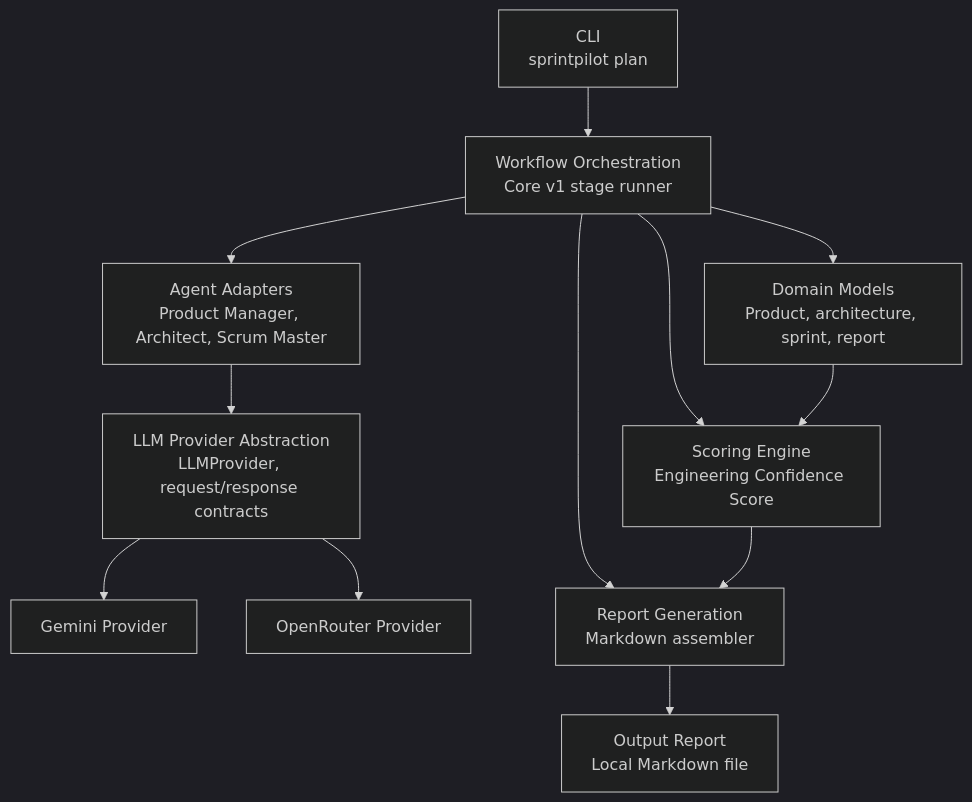
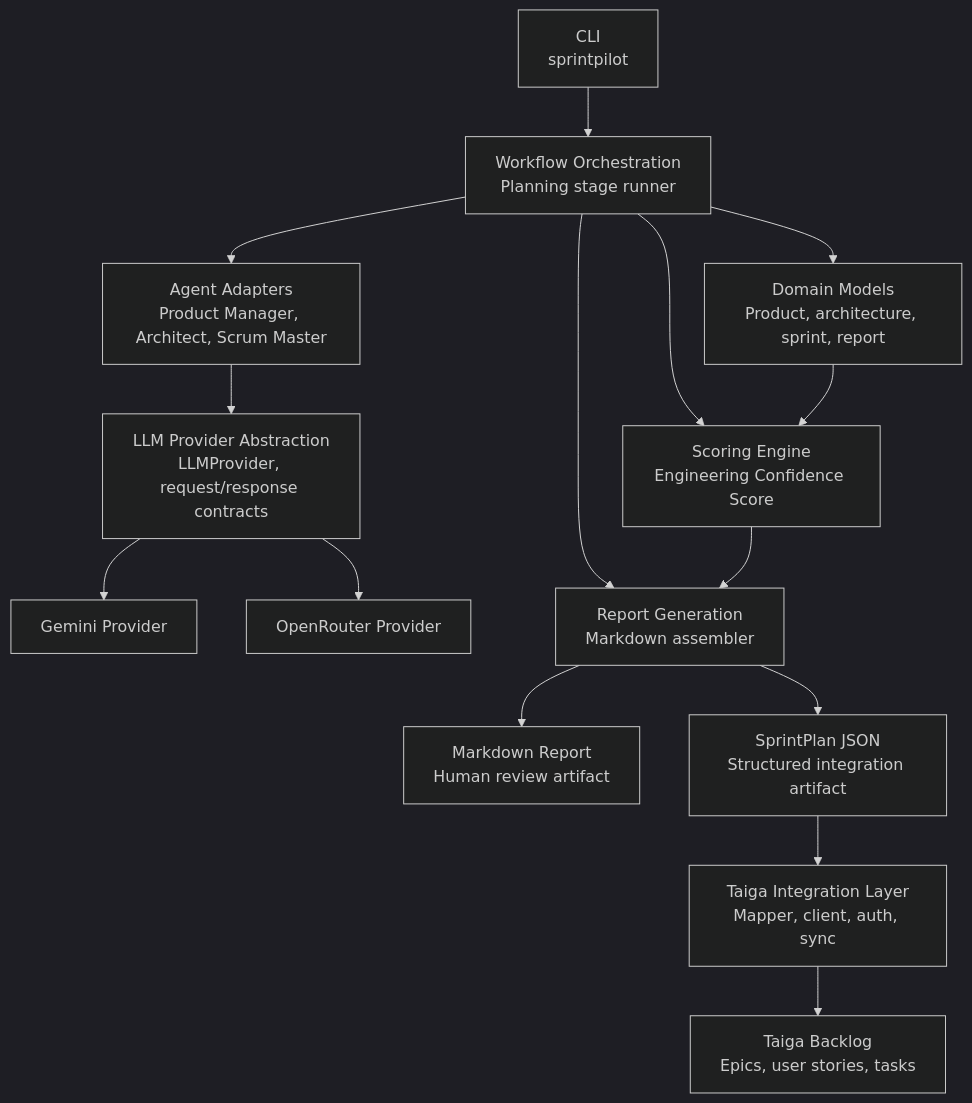
The diagram in README.md (iamdheemanth/SprintPilot), drawn with Mermaid (dark theme) before and after one commit. The commit also changed other lines of this file and 50 other files, not shown here.

Commit message:
SprintPilot v2.0 - Taiga backlog export

````diff
--- a/README.md
+++ b/README.md
@@ -42,14 +63,17 @@
 ```mermaid
 flowchart TD
-    CLI["CLI<br/>sprintpilot plan"] --> Workflow["Workflow Orchestration<br/>Core v1 stage runner"]
+    CLI["CLI<br/>sprintpilot"] --> Workflow["Workflow Orchestration<br/>Planning stage runner"]
     Workflow --> Domain["Domain Models<br/>Product, architecture, sprint, report"]
     Workflow --> Agents["Agent Adapters<br/>Product Manager, Architect, Scrum Master"]
     Agents --> LLM["LLM Provider Abstraction<br/>LLMProvider, request/response contracts"]
     LLM --> Gemini["Gemini Provider"]
     LLM --> OpenRouter["OpenRouter Provider"]
     Workflow --> Scoring["Scoring Engine<br/>Engineering Confidence Score"]
     Domain --> Scoring
     Workflow --> Reporting["Report Generation<br/>Markdown assembler"]
     Scoring --> Reporting
-    Reporting --> Output["Output Report<br/>Local Markdown file"]
+    Reporting --> Report["Markdown Report<br/>Human review artifact"]
+    Reporting --> SprintJSON["SprintPlan JSON<br/>Structured integration artifact"]
+    SprintJSON --> Taiga["Taiga Integration Layer<br/>Mapper, client, auth, sync"]
+    Taiga --> Backlog["Taiga Backlog<br/>Epics, user stories, tasks"]
 ```
````
